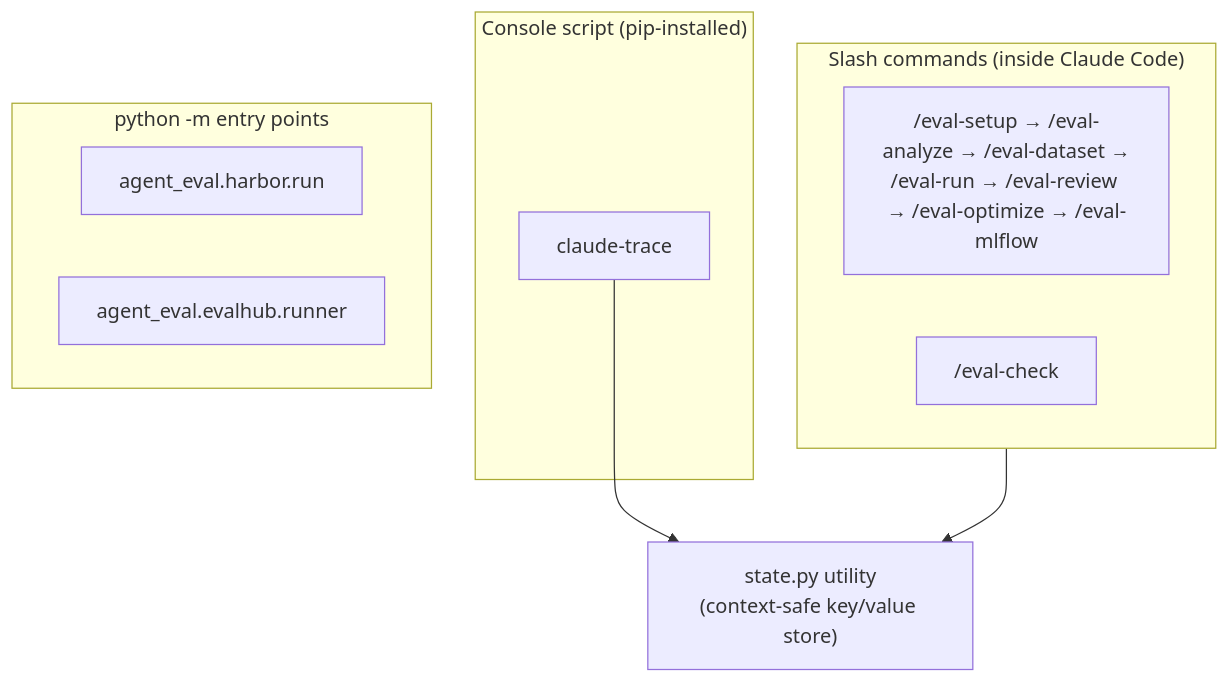
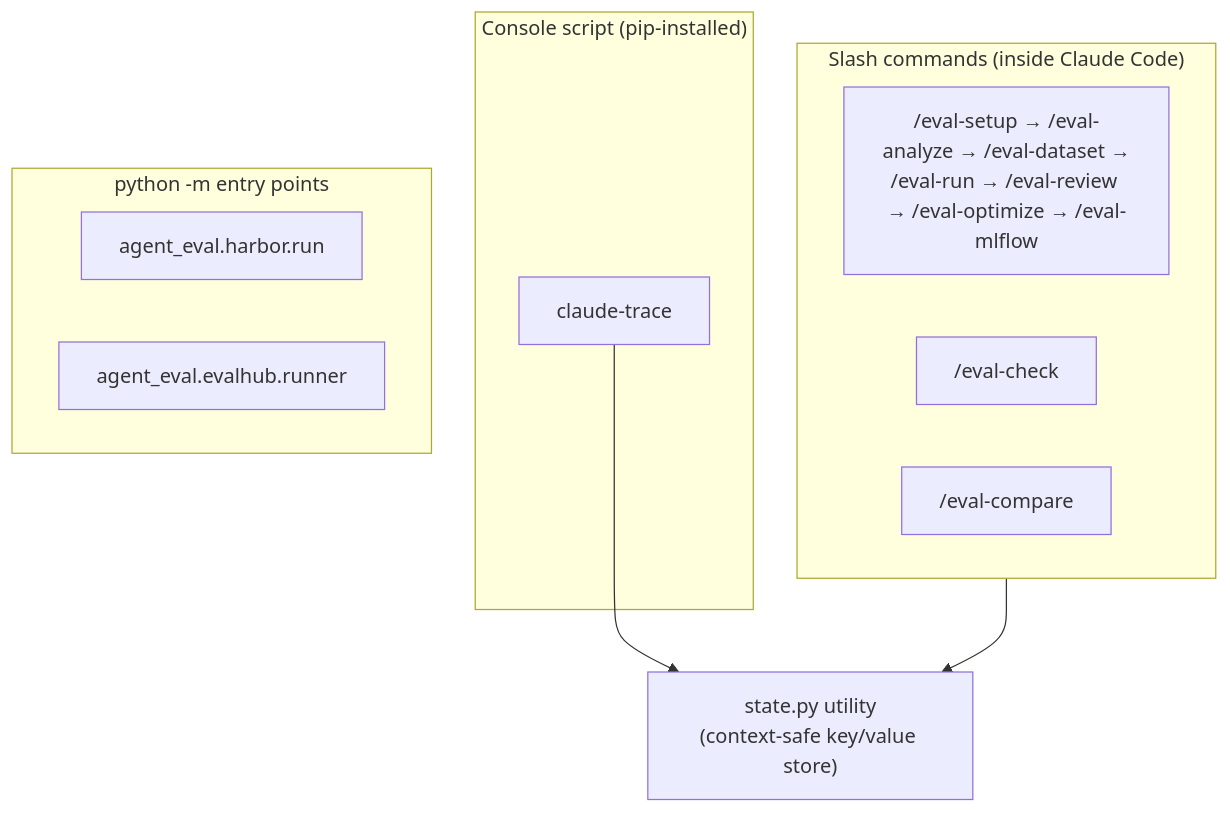
One commit to GuyZivRH/agent-eval-harness changed the diagram in website/reference/cli.md. Above: the diagram before and after it, drawn with Mermaid. The commit also changed other lines of this file and 4 other files, not shown here.

First line of the commit message:
docs(website): add eval-compare guide and cross-references

````diff
--- a/website/reference/cli.md
+++ b/website/reference/cli.md
@@ -18,17 +18,18 @@
 ```mermaid
 flowchart TD
     subgraph SC["Slash commands (inside Claude Code)"]
         A["/eval-setup → /eval-analyze → /eval-dataset →<br/>/eval-run → /eval-review → /eval-optimize → /eval-mlflow"]
         C["/eval-check"]
+        C2["/eval-compare"]
     end
     subgraph CS["Console script (pip-installed)"]
         T["claude-trace"]
     end
     subgraph PM["python -m entry points"]
         H["agent_eval.harbor.run"]
         E["agent_eval.evalhub.runner"]
     end
     ST["state.py utility<br/>(context-safe key/value store)"]
     SC --> ST
     T --> ST
 ```
````
